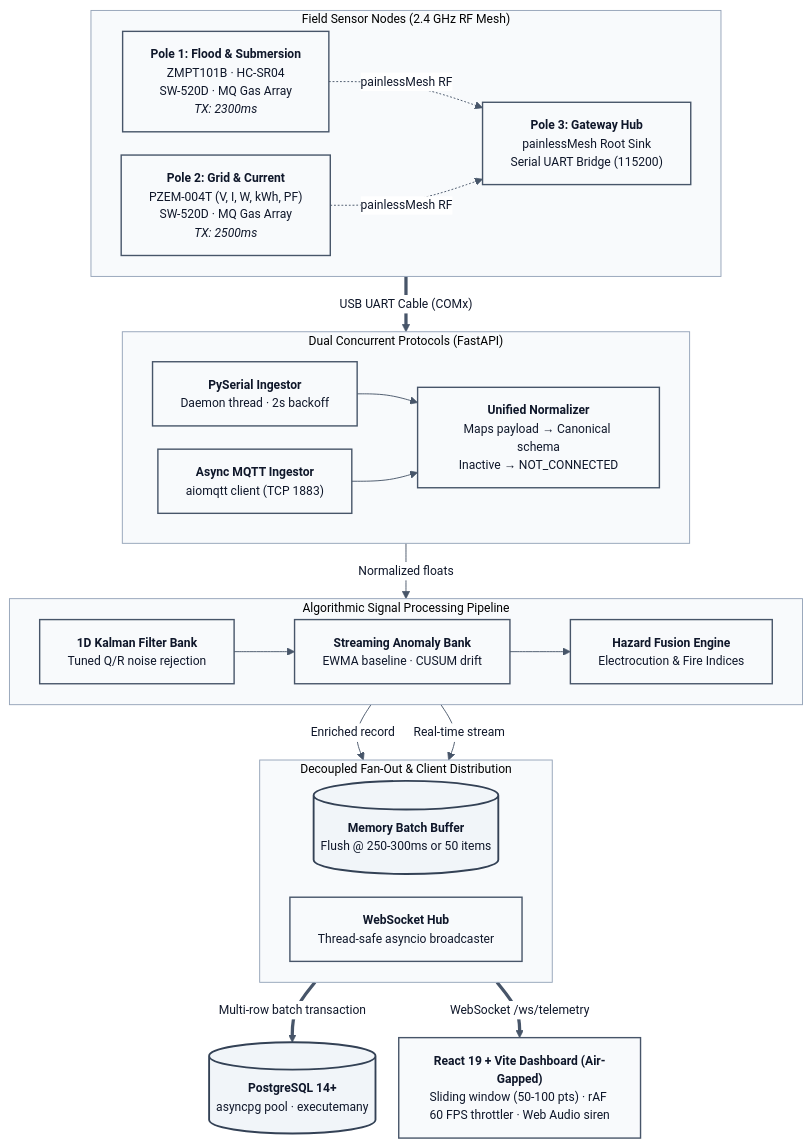
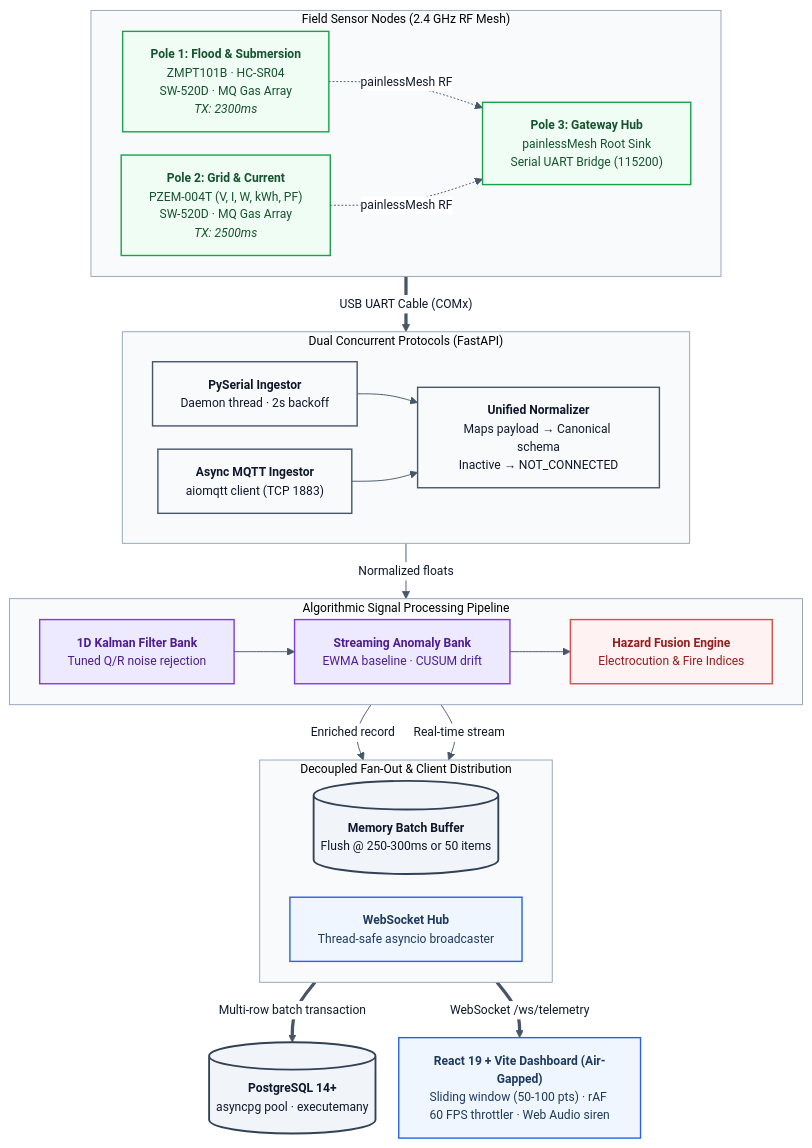
Before and after one commit to MadhavK3/niriksha: the first of 2 diagrams in ARCHITECTURE.md, drawn with Mermaid. The commit also changed other lines of this file and 10 other files, not shown here.

Commit message:
docs: overhaul architecture diagrams to semantic monochromatic Mermaid flowcharts

````diff
--- a/ARCHITECTURE.md
+++ b/ARCHITECTURE.md
@@ -11,68 +11,76 @@
 ```mermaid
 %%{init: {
   "theme": "base",
   "themeVariables": {
     "fontFamily": "Inter, Segoe UI, -apple-system, BlinkMacSystemFont, Roboto, sans-serif",
     "fontSize": "13px",
     "primaryColor": "#ffffff",
     "primaryBorderColor": "#64748b",
     "primaryTextColor": "#0f172a",
     "lineColor": "#475569",
     "clusterBkg": "#f8fafc",
     "clusterBorder": "#94a3b8"
   },
   "flowchart": { "curve": "basis", "htmlLabels": true, "nodeSpacing": 25, "rankSpacing": 40 }
 } }%%
 flowchart TB
     subgraph EDGE["Field Sensor Nodes (2.4 GHz RF Mesh)"]
         direction LR
         P1["<b>Pole 1: Flood &amp; Submersion</b><br/>ZMPT101B · HC-SR04<br/>SW-520D · MQ Gas Array<br/><i>TX: 2300ms</i>"]
         P2["<b>Pole 2: Grid &amp; Current</b><br/>PZEM-004T (V, I, W, kWh, PF)<br/>SW-520D · MQ Gas Array<br/><i>TX: 2500ms</i>"]
         P3["<b>Pole 3: Gateway Hub</b><br/>painlessMesh Root Sink<br/>Serial UART Bridge (115200)"]
         P1 -.->|"painlessMesh RF"| P3
         P2 -.->|"painlessMesh RF"| P3
     end
 
     subgraph INGEST["Dual Concurrent Protocols (FastAPI)"]
         direction LR
         SER["<b>PySerial Ingestor</b><br/>Daemon thread · 2s backoff"]
         MQ["<b>Async MQTT Ingestor</b><br/>aiomqtt client (TCP 1883)"]
         NORM["<b>Unified Normalizer</b><br/>Maps payload → Canonical schema<br/>Inactive → NOT_CONNECTED"]
         SER --> NORM
         MQ --> NORM
     end
 
     P3 ==>|"USB UART Cable (COMx)"| SER
 
     subgraph PIPELINE["Algorithmic Signal Processing Pipeline"]
         direction LR
         KAL["<b>1D Kalman Filter Bank</b><br/>Tuned Q/R noise rejection"]
         ANOM["<b>Streaming Anomaly Bank</b><br/>EWMA baseline · CUSUM drift"]
         FUS["<b>Hazard Fusion Engine</b><br/>Electrocution &amp; Fire Indices"]
         KAL --> ANOM --> FUS
     end
 
     NORM -->|"Normalized floats"| KAL
 
     subgraph FANOUT["Decoupled Fan-Out &amp; Client Distribution"]
         direction LR
         BUF[("<b>Memory Batch Buffer</b><br/>Flush @ 250-300ms or 50 items")]
         WS["<b>WebSocket Hub</b><br/>Thread-safe asyncio broadcaster"]
     end
 
     FUS -->|"Enriched record"| BUF
     FUS -->|"Real-time stream"| WS
 
     PG[("<b>PostgreSQL 14+</b><br/>asyncpg pool · executemany")]
     BUF ==>|"Multi-row batch transaction"| PG
 
     CLIENT["<b>React 19 + Vite Dashboard (Air-Gapped)</b><br/>Sliding window (50-100 pts) · rAF 60 FPS throttler · Web Audio siren"]
     WS ==>|"WebSocket /ws/telemetry"| CLIENT
 
     classDef default fill:#ffffff,stroke:#64748b,stroke-width:1px,color:#0f172a;
-    classDef blueprint fill:#f8fafc,stroke:#475569,stroke-width:1.5px,color:#0f172a;
-    classDef storageNode fill:#f1f5f9,stroke:#334155,stroke-width:2px,color:#0f172a;
+    classDef nodeSafe fill:#f0fdf4,stroke:#16a34a,stroke-width:1.5px,color:#14532d;
+    classDef nodeIngest fill:#f8fafc,stroke:#475569,stroke-width:1.5px,color:#0f172a;
+    classDef nodeAnalytics fill:#ede9fe,stroke:#7c3aed,stroke-width:1.5px,color:#4c1d95;
+    classDef nodeHazard fill:#fef2f2,stroke:#ef4444,stroke-width:1.5px,color:#991b1b;
+    classDef nodeClient fill:#eff6ff,stroke:#2563eb,stroke-width:1.5px,color:#1e3a5f;
+    classDef nodeStorage fill:#f1f5f9,stroke:#334155,stroke-width:2px,color:#0f172a;
 
-    class P1,P2,P3,SER,MQ,NORM,KAL,ANOM,FUS,WS,CLIENT blueprint;
-    class BUF,PG storageNode;
+    class P1,P2,P3 nodeSafe;
+    class SER,MQ,NORM nodeIngest;
+    class KAL,ANOM nodeAnalytics;
+    class FUS nodeHazard;
+    class BUF,PG nodeStorage;
+    class WS,CLIENT nodeClient;
 ```
````
